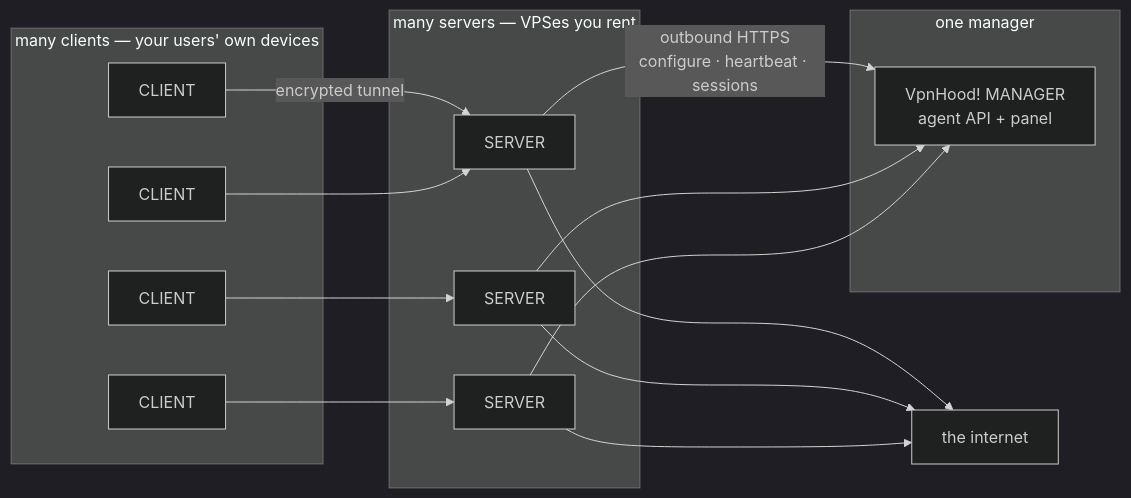
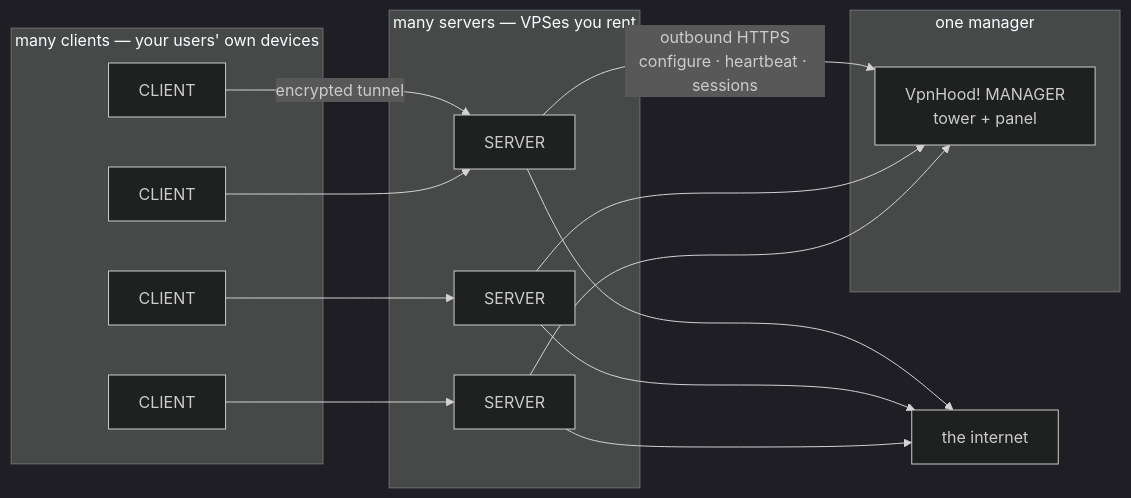
One commit to vpnhood/VpnHood changed the diagram in docs/topology.md. Above: the diagram before and after it, drawn with Mermaid (dark theme). The commit also changed other lines of this file and 3 other files, not shown here.

````diff
--- a/docs/topology.md
+++ b/docs/topology.md
@@ -23,32 +23,32 @@
 ```mermaid
 graph LR
     subgraph one["one manager"]
-        M["VpnHood! MANAGER<br/>agent API + panel"]
+        M["VpnHood! MANAGER<br/>tower + panel"]
     end
 
     subgraph many["many servers — VPSes you rent"]
         S1["SERVER"]
         S2["SERVER"]
         S3["SERVER"]
     end
 
     subgraph clients["many clients — your users' own devices"]
         C1["CLIENT"]
         C2["CLIENT"]
         C3["CLIENT"]
         C4["CLIENT"]
     end
 
     S1 -- "outbound HTTPS<br/>configure · heartbeat · sessions" --> M
     S2 --> M
     S3 --> M
 
     C1 -- "encrypted tunnel" --> S1
     C2 --> S1
     C3 --> S2
     C4 --> S3
 
     S1 --> NET["the internet"]
     S2 --> NET
     S3 --> NET
 ```
````
